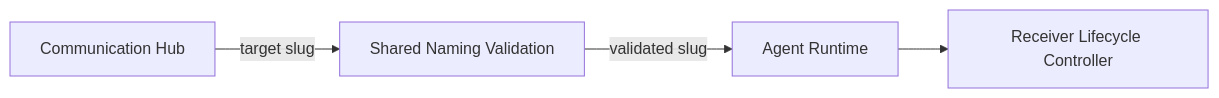
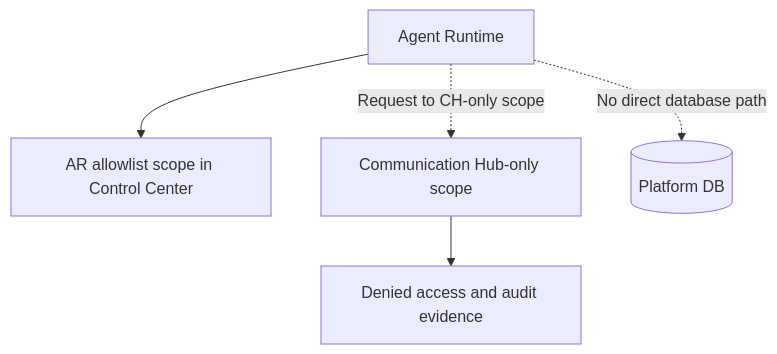
The second of 2 diagrams in docs/master/architecture/modules/agent-runtime/architecture.md (hurungang/parthenon), drawn with Mermaid before and after one commit. The commit also changed other lines of this file and 71 other files, not shown here.

````diff
--- a/docs/master/architecture/modules/agent-runtime/architecture.md
+++ b/docs/master/architecture/modules/agent-runtime/architecture.md
@@ -202,11 +18,13 @@
 ```mermaid
-flowchart LR
-    Hub[Communication Hub]
-    NameVal[Shared Naming Validation]
-    Runtime[Agent Runtime]
-    Lifecycle[Receiver Lifecycle Controller]
+flowchart TB
+    AR2[Agent Runtime]
+    ARA[AR allowlist scope in Control Center]
+    CHS[Communication Hub-only scope]
+    DENY[Denied access and audit evidence]
+    DB[(Platform DB)]
 
-    Hub -->|target slug| NameVal
-    NameVal -->|validated slug| Runtime
-    Runtime --> Lifecycle
+    AR2 --> ARA
+    AR2 -.->|Request to CH-only scope| CHS
+    CHS --> DENY
+    AR2 -.->|No direct database path| DB
 ```
````
